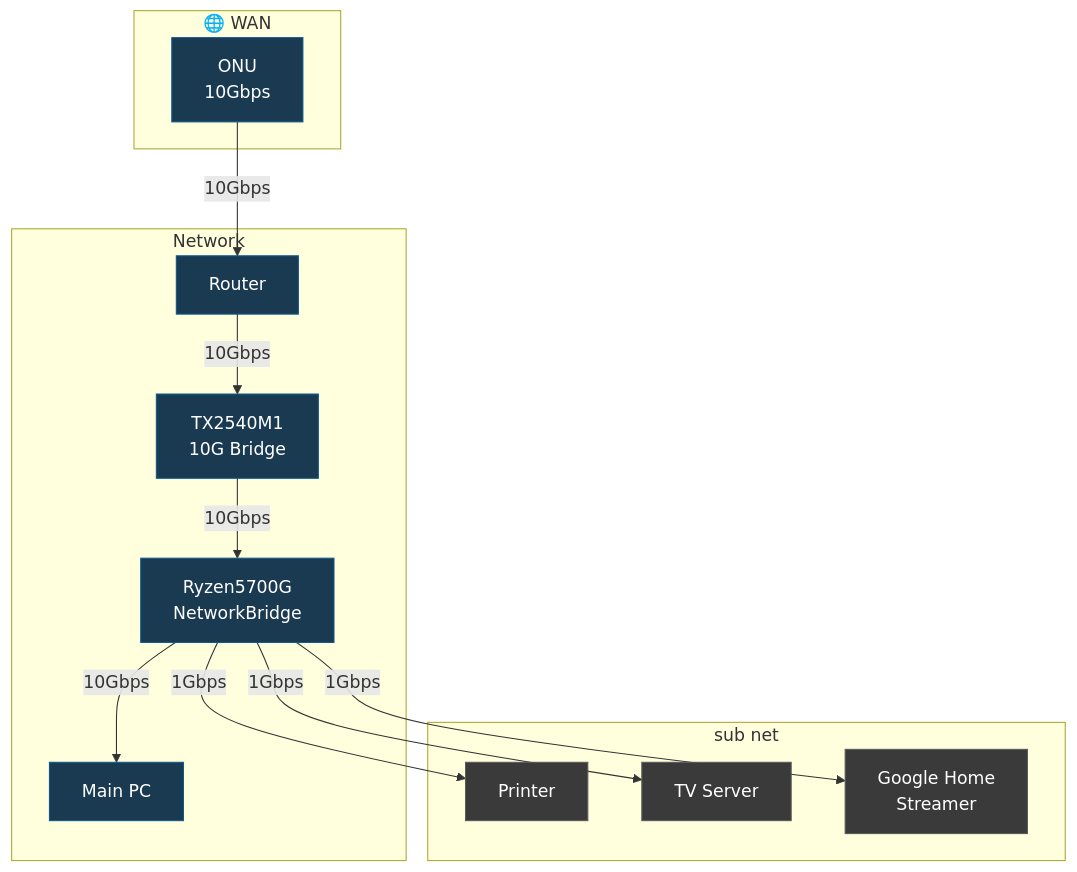
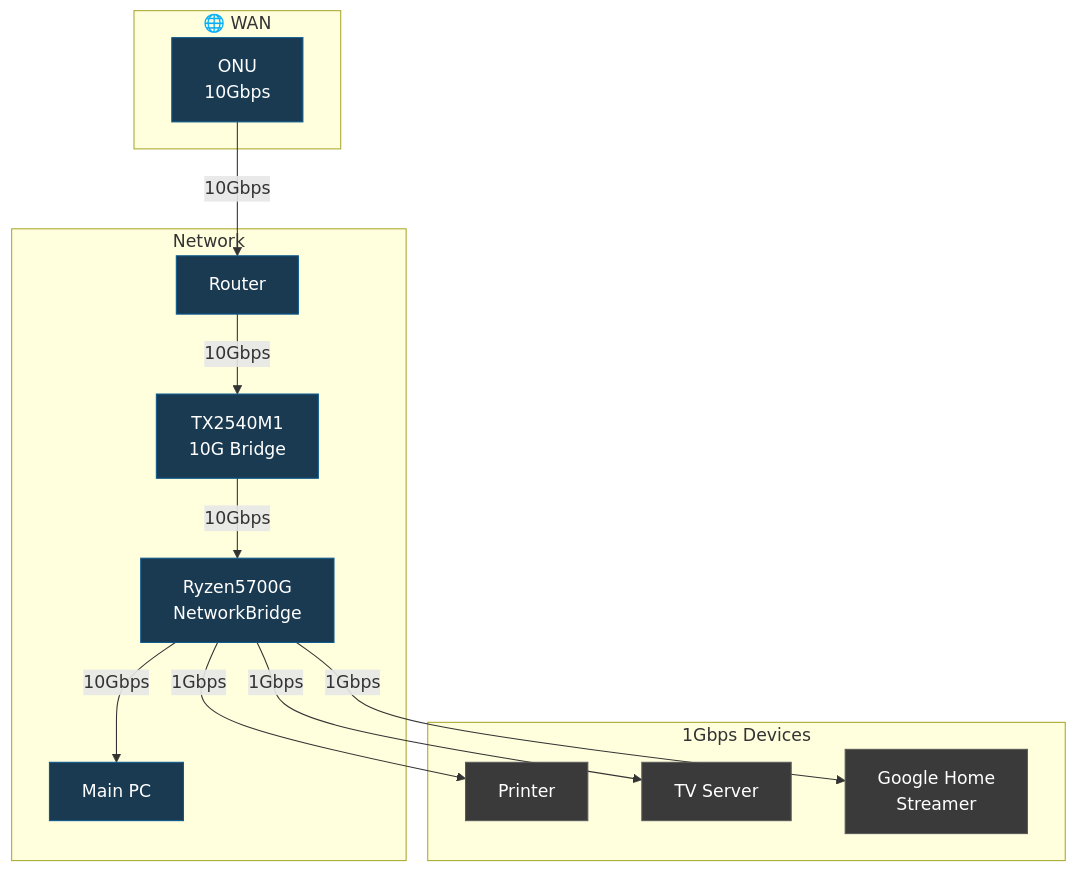
Before and after one commit to Tagomori0211/tagomori-homelab: the diagram in README.md, drawn with Mermaid. The commit also changed other lines of this file, not shown here.

````diff
--- a/README.md
+++ b/README.md
@@ -49,34 +49,34 @@
 ```mermaid
 flowchart TB
     subgraph WAN["🌐 WAN"]
         D["ONU<br/>10Gbps"]
     end
     
     subgraph Network["Network"]
         E["Router"]
         A["TX2540M1<br>10G Bridge"]
         B["Ryzen5700G<br>NetworkBridge"]
         C["Main PC"]
     end
     
-    subgraph Peripherals["sub net"]
+    subgraph Peripherals["1Gbps Devices"]
         F["Printer"]
         G["TV Server"]
         H["Google Home<br/>Streamer"]
     end
     
     D -->|10Gbps| E
     E -->|10Gbps| A
     A -->|10Gbps| B
     B -->|10Gbps| C
     
     B -->|1Gbps| F
     B -->|1Gbps| G
     B -->|1Gbps| H
     
     classDef dark_blue fill:#1a3a52,stroke:#0d5a8f,color:#fff
     classDef dark_gray fill:#3a3a3a,stroke:#5a5a5a,color:#fff
     
     class D,E,A,B,C dark_blue
     class F,G,H dark_gray
 ```
````
